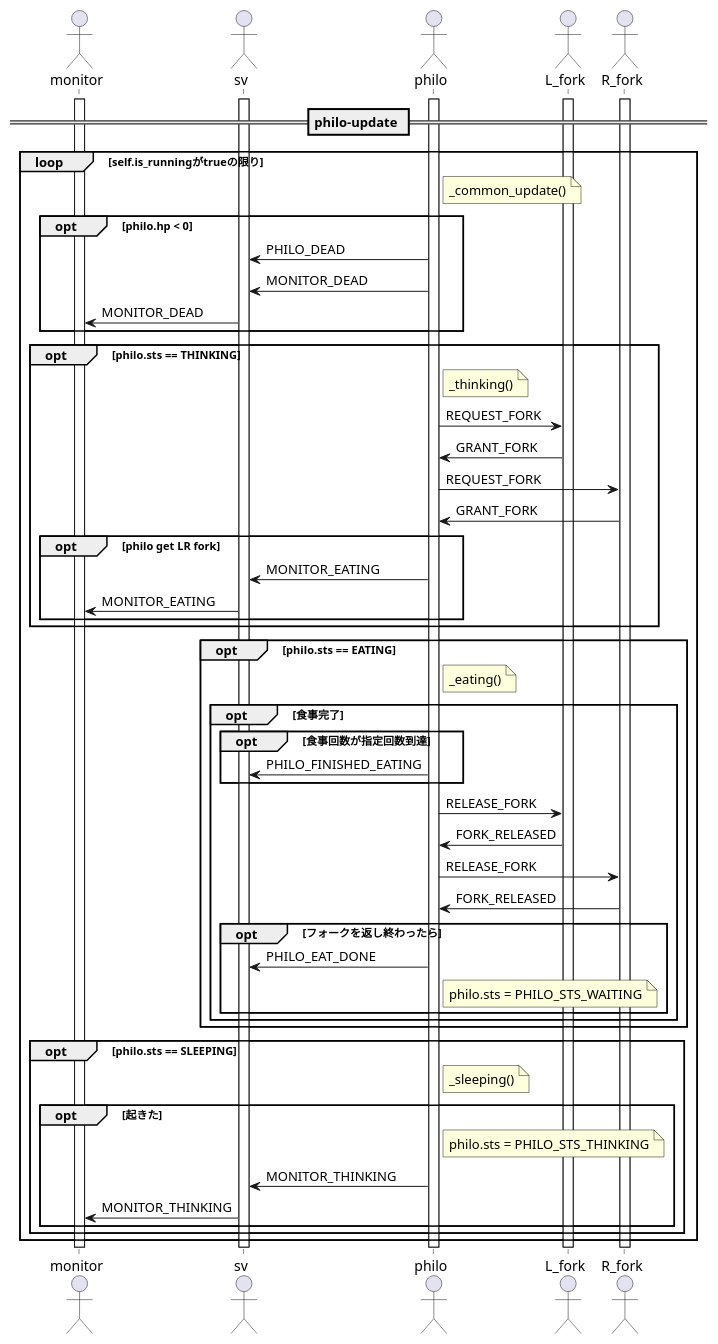
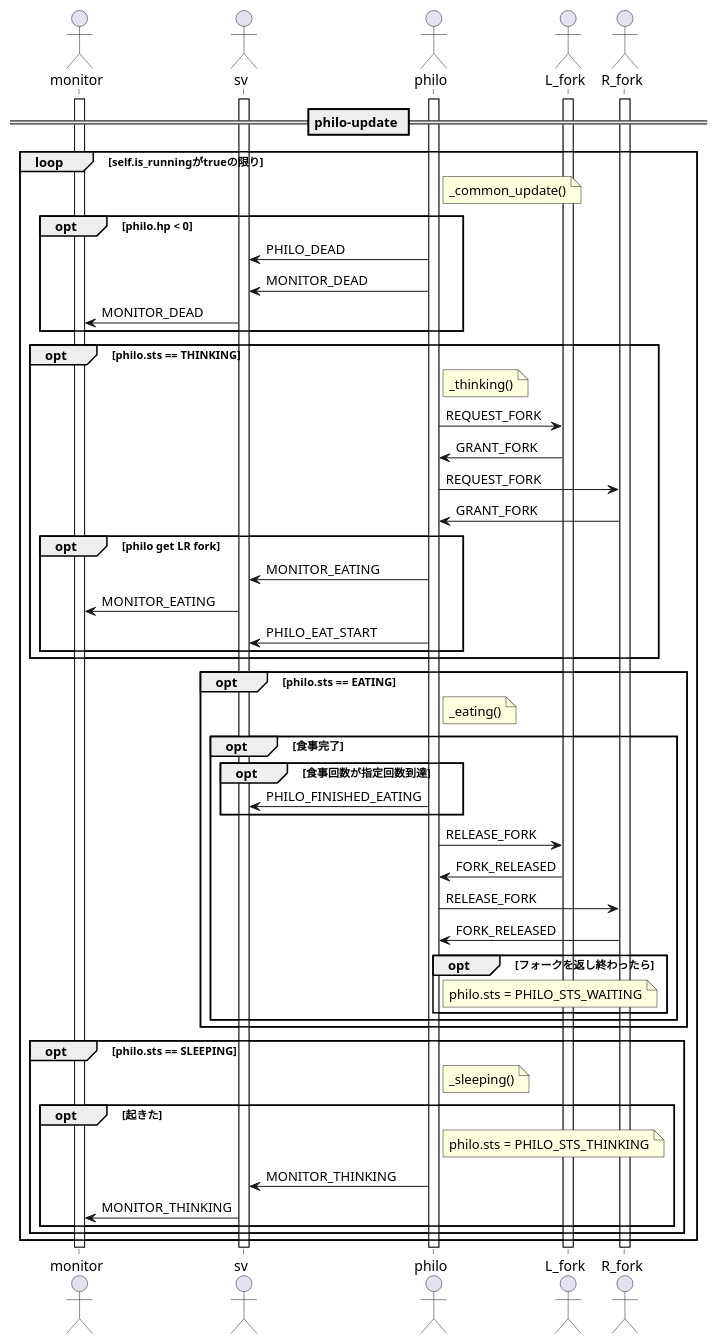
Before and after one commit to cacapon/Philosophers: the diagram in doc/philo_update.pu, drawn with PlantUML. The commit also changed 10 other files, not shown here.

Commit message:
PHILO_EAT_DONE -> PHILO_EAT_START

```diff
--- a/doc/philo_update.pu
+++ b/doc/philo_update.pu
@@ -1,79 +1,79 @@
 @startuml request-fork
 
 
 actor monitor
 actor sv
 actor philo
 actor L_fork
 actor R_fork
 
 == philo-update ==
 activate monitor
 activate sv
 activate philo
 activate L_fork
 activate R_fork
 
 loop self.is_runningがtrueの限り
 	note right of philo
 		_common_update()
 	end note
 	opt philo.hp < 0
 		philo -> sv: PHILO_DEAD
 		philo -> sv: MONITOR_DEAD 
 		sv -> monitor: MONITOR_DEAD 
 	end
 	opt philo.sts == THINKING
 		note right of philo
 			_thinking()
 		end note
 		philo->L_fork: REQUEST_FORK
 		L_fork->philo: GRANT_FORK
 		philo->R_fork: REQUEST_FORK
 		R_fork->philo: GRANT_FORK
 		opt philo get LR fork
 			philo->sv: MONITOR_EATING
 			sv->monitor: MONITOR_EATING
+			philo->sv: PHILO_EAT_START
 		end
 	end
 	opt philo.sts == EATING 
 		note right of philo
 			_eating()
 		end note
 		opt 食事完了
 			opt 食事回数が指定回数到達 
 				philo->sv: PHILO_FINISHED_EATING
 			end
 			philo->L_fork: RELEASE_FORK
 			L_fork->philo: FORK_RELEASED
 			philo->R_fork: RELEASE_FORK
 			R_fork->philo: FORK_RELEASED
 			opt フォークを返し終わったら
-			philo->sv: PHILO_EAT_DONE
 				note right of philo
 					philo.sts = PHILO_STS_WAITING
 				end note
 			end
 		end
 	end
 	opt philo.sts == SLEEPING 
 		note right of philo
 			_sleeping()
 		end note
 		opt 起きた
 			note right of philo
 				philo.sts = PHILO_STS_THINKING
 			end note
 			philo -> sv: MONITOR_THINKING
 			sv -> monitor: MONITOR_THINKING
 		end
 	end
 end
 
 deactivate monitor
 deactivate sv
 deactivate philo
 deactivate L_fork
 deactivate R_fork
 
 @enduml
```
